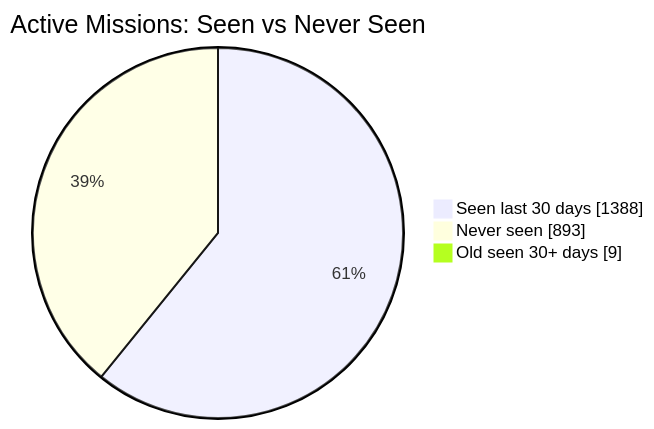
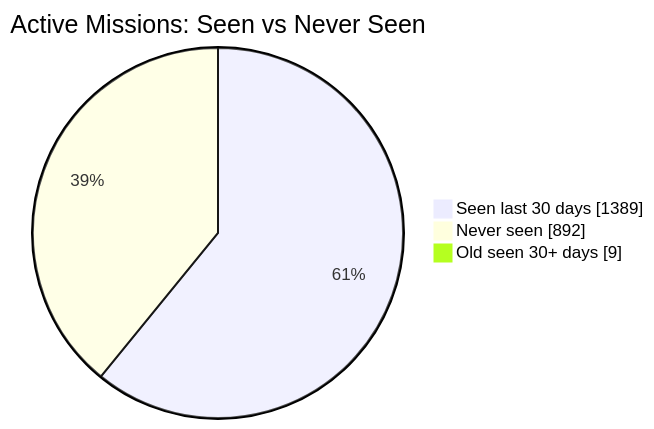
Before and after one commit to MeldkamerspelGameTeam/active-missions: the first of 2 diagrams in README.md, drawn with Mermaid. The commit also changed other lines of this file and 2 other files, not shown here.

````diff
--- a/README.md
+++ b/README.md
@@ -34,7 +34,7 @@
 ```mermaid
 pie showData
     title Active Missions: Seen vs Never Seen
-    "Seen last 30 days" : 1388
-    "Never seen" : 893
+    "Seen last 30 days" : 1389
+    "Never seen" : 892
     "Old seen 30+ days" : 9
 ```
````
